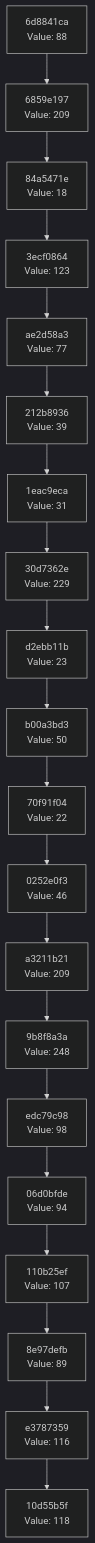
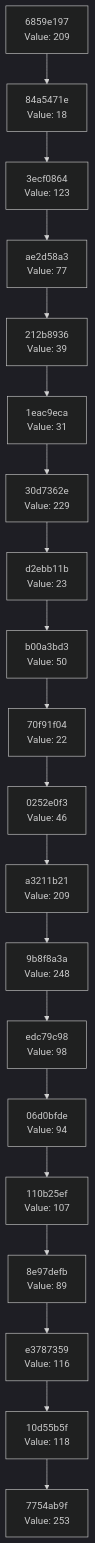
One commit to Abhisheksinha1506/hash-chain-evolver changed the diagram in docs/CHAIN_VISUALIZATION.md. Above: the diagram before and after it, drawn with Mermaid (dark theme). The commit also changed 2 other files, not shown here.

Commit message:
Evolution step: hash 0xFD → action executed

````diff
--- a/docs/CHAIN_VISUALIZATION.md
+++ b/docs/CHAIN_VISUALIZATION.md
@@ -3,42 +3,42 @@
 ```mermaid
 graph TD
-    C0["10d55b5f<br/>Value: 118"]
-    C1["e3787359<br/>Value: 116"]
+    C0["7754ab9f<br/>Value: 253"]
+    C1["10d55b5f<br/>Value: 118"]
     C1 --> C0
-    C2["8e97defb<br/>Value: 89"]
+    C2["e3787359<br/>Value: 116"]
     C2 --> C1
-    C3["110b25ef<br/>Value: 107"]
+    C3["8e97defb<br/>Value: 89"]
     C3 --> C2
-    C4["06d0bfde<br/>Value: 94"]
+    C4["110b25ef<br/>Value: 107"]
     C4 --> C3
-    C5["edc79c98<br/>Value: 98"]
+    C5["06d0bfde<br/>Value: 94"]
     C5 --> C4
-    C6["9b8f8a3a<br/>Value: 248"]
+    C6["edc79c98<br/>Value: 98"]
     C6 --> C5
-    C7["a3211b21<br/>Value: 209"]
+    C7["9b8f8a3a<br/>Value: 248"]
     C7 --> C6
-    C8["0252e0f3<br/>Value: 46"]
+    C8["a3211b21<br/>Value: 209"]
     C8 --> C7
-    C9["70f91f04<br/>Value: 22"]
+    C9["0252e0f3<br/>Value: 46"]
     C9 --> C8
-    C10["b00a3bd3<br/>Value: 50"]
+    C10["70f91f04<br/>Value: 22"]
     C10 --> C9
-    C11["d2ebb11b<br/>Value: 23"]
+    C11["b00a3bd3<br/>Value: 50"]
     C11 --> C10
-    C12["30d7362e<br/>Value: 229"]
+    C12["d2ebb11b<br/>Value: 23"]
     C12 --> C11
-    C13["1eac9eca<br/>Value: 31"]
+    C13["30d7362e<br/>Value: 229"]
     C13 --> C12
-    C14["212b8936<br/>Value: 39"]
+    C14["1eac9eca<br/>Value: 31"]
     C14 --> C13
-    C15["ae2d58a3<br/>Value: 77"]
+    C15["212b8936<br/>Value: 39"]
     C15 --> C14
-    C16["3ecf0864<br/>Value: 123"]
+    C16["ae2d58a3<br/>Value: 77"]
     C16 --> C15
-    C17["84a5471e<br/>Value: 18"]
+    C17["3ecf0864<br/>Value: 123"]
     C17 --> C16
-    C18["6859e197<br/>Value: 209"]
+    C18["84a5471e<br/>Value: 18"]
     C18 --> C17
-    C19["6d8841ca<br/>Value: 88"]
+    C19["6859e197<br/>Value: 209"]
     C19 --> C18
 ```
````
